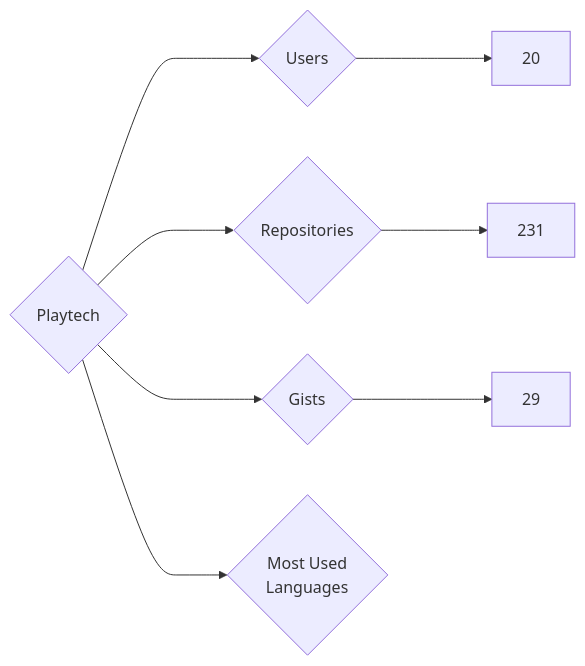
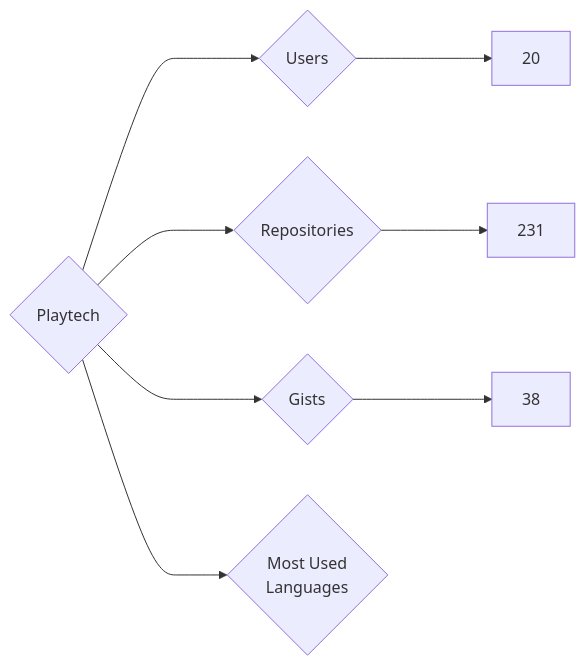
Before and after one commit to nenadzaric/insiders: the diagram in targets/Playtech/README.md, drawn with Mermaid. The commit also changed 1342 other files, not shown here.

````diff
--- a/targets/Playtech/README.md
+++ b/targets/Playtech/README.md
@@ -3,8 +3,8 @@
 ```mermaid
 graph LR
 COMPANY_NAME{Playtech}
 COMPANY_NAME ---> U{Users} ---> UN[20]
 COMPANY_NAME ---> R{Repositories} ---> RN[231]
-COMPANY_NAME ---> G{Gists} ---> GN[29]
+COMPANY_NAME ---> G{Gists} ---> GN[38]
 COMPANY_NAME ---> ML{Most Used<br>Languages}
 ```
````
